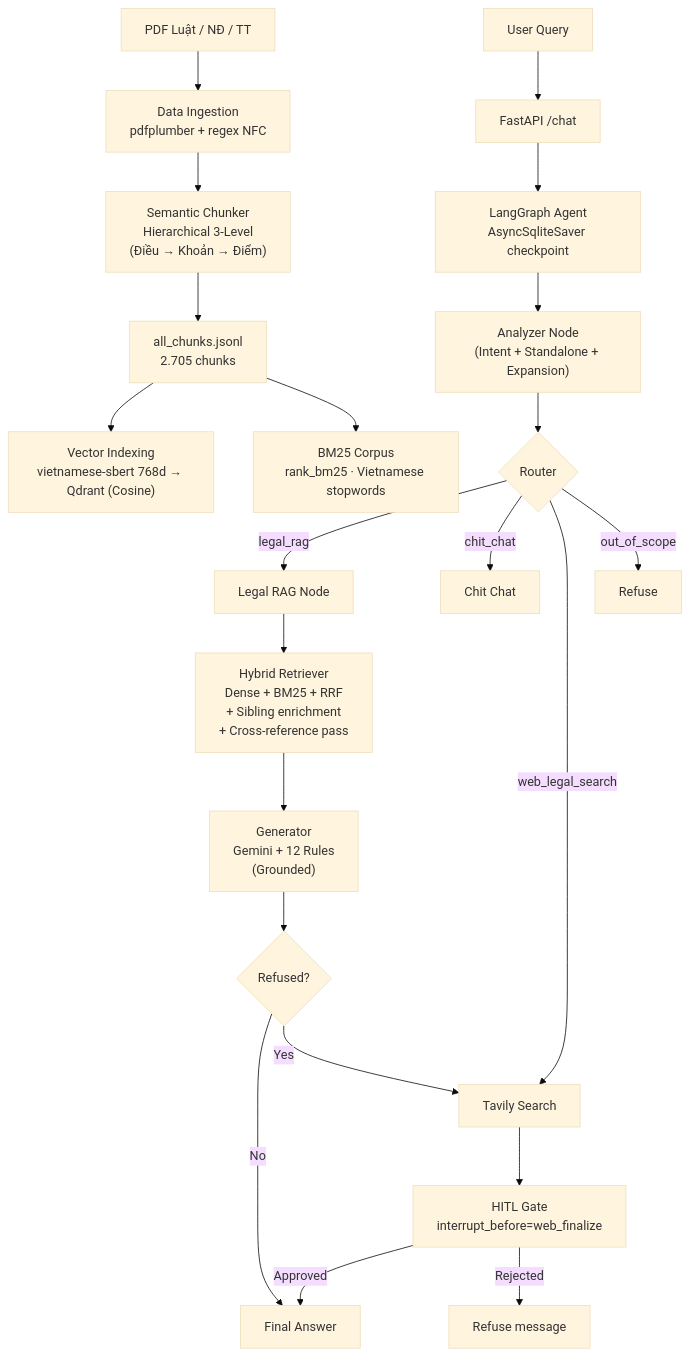
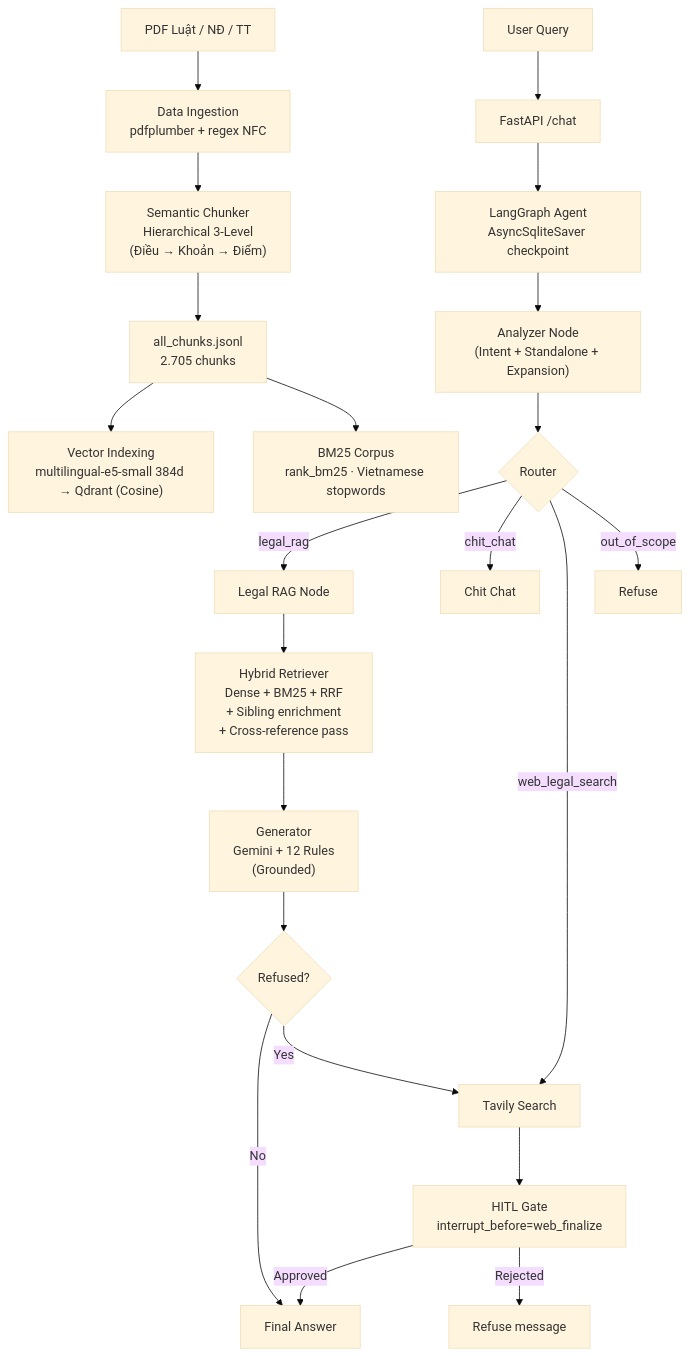
Before and after one commit to MacPhuPhong/TRAFFIC_LAW_LLM_RAG_AGENTIC: the first of 4 diagrams in doc/bao_cao_he_thong.md, drawn with Mermaid (base theme). The commit also changed other lines of this file and 43 other files, not shown here.

````diff
--- a/doc/bao_cao_he_thong.md
+++ b/doc/bao_cao_he_thong.md
@@ -31,27 +31,27 @@
 ```mermaid
 graph TD
     A["PDF Luật / NĐ / TT"] --> B["Data Ingestion<br>pdfplumber + regex NFC"]
     B --> C["Semantic Chunker<br>Hierarchical 3-Level<br>(Điều → Khoản → Điểm)"]
     C --> D["all_chunks.jsonl<br>2.705 chunks"]
-    D --> E["Vector Indexing<br>vietnamese-sbert 768d → Qdrant (Cosine)"]
+    D --> E["Vector Indexing<br>multilingual-e5-small 384d → Qdrant (Cosine)"]
     D --> F["BM25 Corpus<br>rank_bm25 · Vietnamese stopwords"]
 
     G["User Query"] --> H["FastAPI /chat"]
     H --> I["LangGraph Agent<br>AsyncSqliteSaver checkpoint"]
     I --> J["Analyzer Node<br>(Intent + Standalone + Expansion)"]
     J --> K{"Router"}
     K -->|legal_rag| L["Legal RAG Node"]
     K -->|chit_chat| M["Chit Chat"]
     K -->|web_legal_search| N["Tavily Search"]
     K -->|out_of_scope| O["Refuse"]
 
     L --> P["Hybrid Retriever<br>Dense + BM25 + RRF<br>+ Sibling enrichment<br>+ Cross-reference pass"]
     P --> Q["Generator<br>Gemini + 12 Rules<br>(Grounded)"]
     Q --> R{"Refused?"}
     R -->|No| Z["Final Answer"]
     R -->|Yes| N
 
     N --> S["HITL Gate<br>interrupt_before=web_finalize"]
     S -->|Approved| Z
     S -->|Rejected| Y["Refuse message"]
 ```
````
